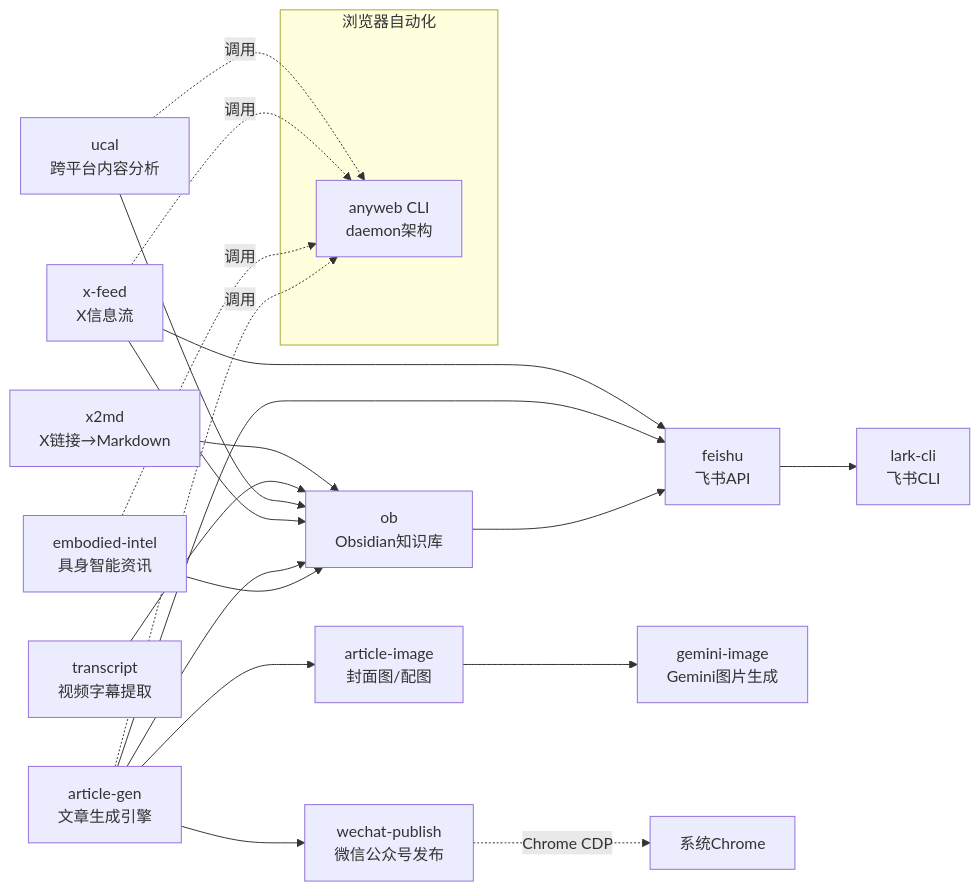
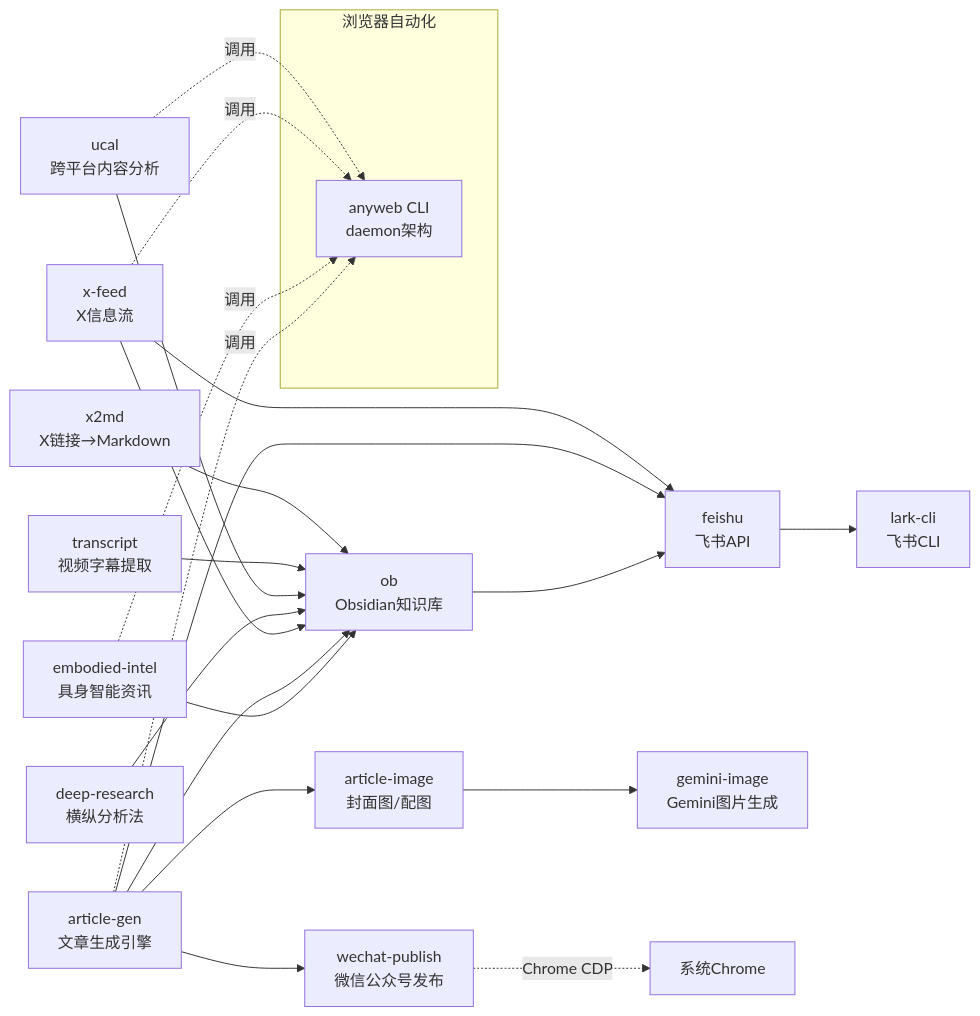
Before and after one commit to Mixiaomiupup/claude-skills: the first of 4 diagrams in ARCHITECTURE.md, drawn with Mermaid. The commit also changed other lines of this file and 53 other files, not shown here.

````diff
--- a/ARCHITECTURE.md
+++ b/ARCHITECTURE.md
@@ -12,30 +12,31 @@
 ```mermaid
 graph LR
     x2md[x2md<br/>X链接→Markdown] --> ob
     transcript[transcript<br/>视频字幕提取] --> ob
     ucal[ucal<br/>跨平台内容分析] --> ob
+    deep-research[deep-research<br/>横纵分析法] --> ob
     x-feed[x-feed<br/>X信息流] --> ob
     x-feed --> feishu
 
     article-gen[article-gen<br/>文章生成引擎] --> article-image
     article-gen --> feishu
     article-gen --> ob
     article-gen --> wechat-publish
     article-image[article-image<br/>封面图/配图] --> gemini-image[gemini-image<br/>Gemini图片生成]
 
     ob[ob<br/>Obsidian知识库] --> feishu[feishu<br/>飞书API]
     feishu --> lark-cli[lark-cli<br/>飞书CLI]
 
     wechat-publish[wechat-publish<br/>微信公众号发布] -.->|Chrome CDP| chrome[系统Chrome]
 
     embodied-intel[embodied-intel<br/>具身智能资讯] --> ob
 
     subgraph 浏览器自动化
         anyweb[anyweb CLI<br/>daemon架构]
     end
 
     ucal -.->|调用| anyweb
     x-feed -.->|调用| anyweb
     embodied-intel -.->|调用| anyweb
     article-gen -.->|调用| anyweb
 ```
````
